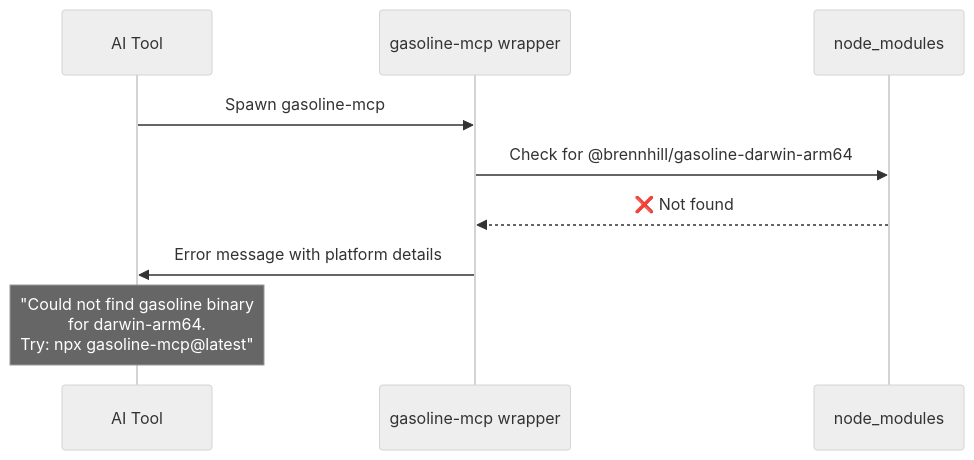
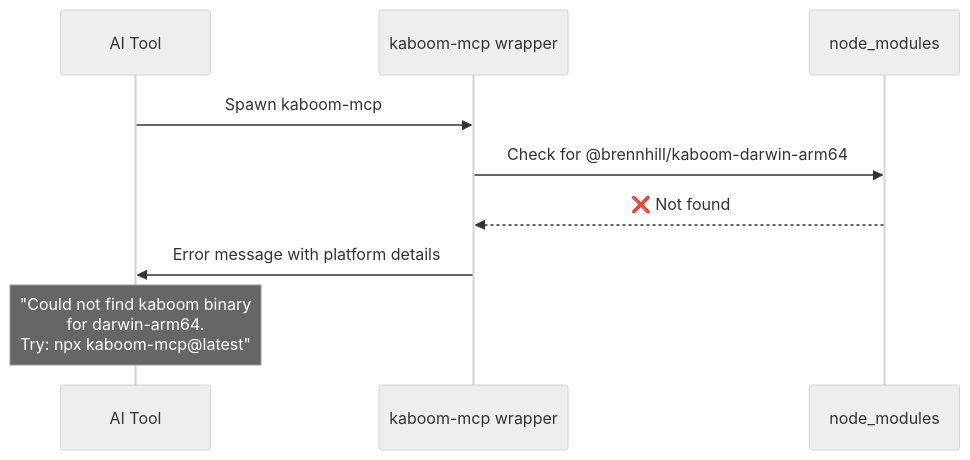
Diagram 11 of 17 in docs/features/mcp-persistent-server/architecture.md (brennhill/gasoline-mcp-ai-devtools), drawn with Mermaid (neutral theme) before and after one commit. The commit also changed other lines of this file and 1983 other files, not shown here.

````diff
--- a/docs/features/mcp-persistent-server/architecture.md
+++ b/docs/features/mcp-persistent-server/architecture.md
@@ -396,12 +396,12 @@
 ```mermaid
 sequenceDiagram
     participant User as AI Tool
-    participant Wrapper as gasoline-mcp wrapper
+    participant Wrapper as kaboom-mcp wrapper
     participant NPM as node_modules
 
-    User->>Wrapper: Spawn gasoline-mcp
-    Wrapper->>NPM: Check for @brennhill/gasoline-darwin-arm64
+    User->>Wrapper: Spawn kaboom-mcp
+    Wrapper->>NPM: Check for @brennhill/kaboom-darwin-arm64
     NPM-->>Wrapper: ❌ Not found
     Wrapper->>User: Error message with platform details
-    Note over User: "Could not find gasoline binary<br/>for darwin-arm64.<br/>Try: npx gasoline-mcp@latest"
+    Note over User: "Could not find kaboom binary<br/>for darwin-arm64.<br/>Try: npx kaboom-mcp@latest"
 ```
````
